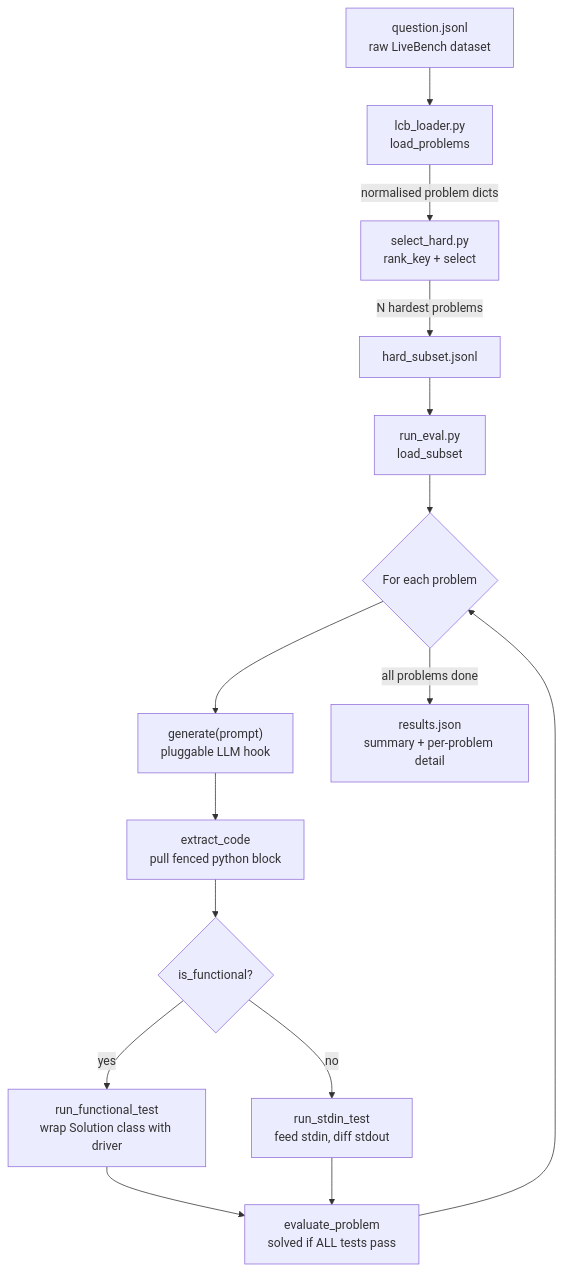
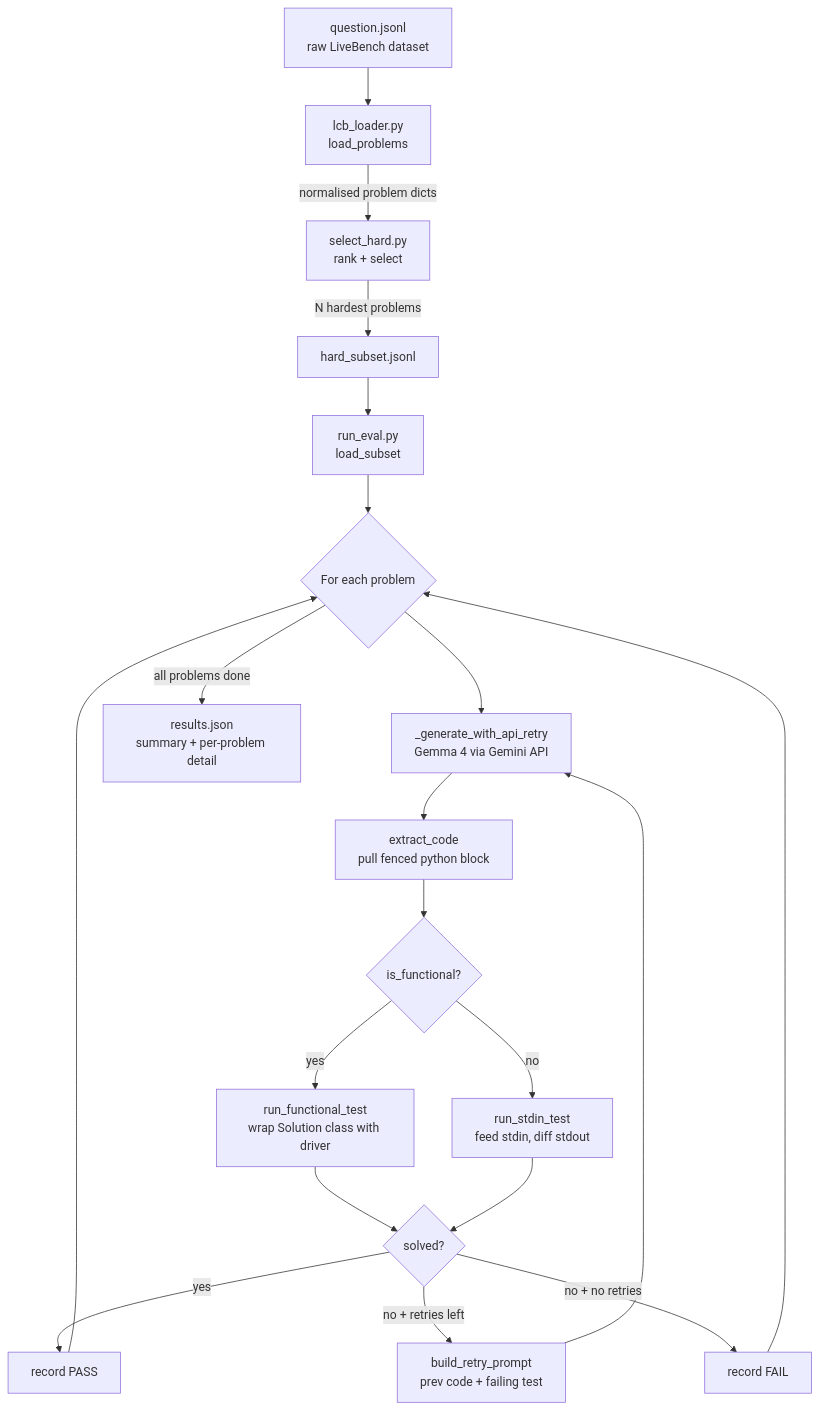
Before and after one commit to Benstin231/OIL_EVAL: the diagram in README.md, drawn with Mermaid. The commit also changed other lines of this file and 1 other file, not shown here.

````diff
--- a/README.md
+++ b/README.md
@@ -25,17 +54,22 @@
 ```mermaid
 flowchart TD
     A[question.jsonl<br/>raw LiveBench dataset] --> B[lcb_loader.py<br/>load_problems]
-    B -->|normalised problem dicts| C[select_hard.py<br/>rank_key + select]
+    B -->|normalised problem dicts| C[select_hard.py<br/>rank + select]
     C -->|N hardest problems| D[hard_subset.jsonl]
     D --> E[run_eval.py<br/>load_subset]
     E --> F{For each problem}
-    F --> G["generate(prompt)<br/>pluggable LLM hook"]
+    F --> G["_generate_with_api_retry<br/>Gemma 4 via Gemini API"]
     G --> H["extract_code<br/>pull fenced python block"]
     H --> I{is_functional?}
     I -- yes --> J[run_functional_test<br/>wrap Solution class with driver]
     I -- no --> K[run_stdin_test<br/>feed stdin, diff stdout]
-    J --> L[evaluate_problem<br/>solved if ALL tests pass]
+    J --> L{solved?}
     K --> L
-    L --> F
-    F -->|all problems done| M[results.json<br/>summary + per-problem detail]
+    L -- yes --> M[record PASS]
+    L -- "no + retries left" --> N["build_retry_prompt<br/>prev code + failing test"]
+    N --> G
+    L -- "no + no retries" --> O[record FAIL]
+    M --> F
+    O --> F
+    F -->|all problems done| P[results.json<br/>summary + per-problem detail]
 ```
````
